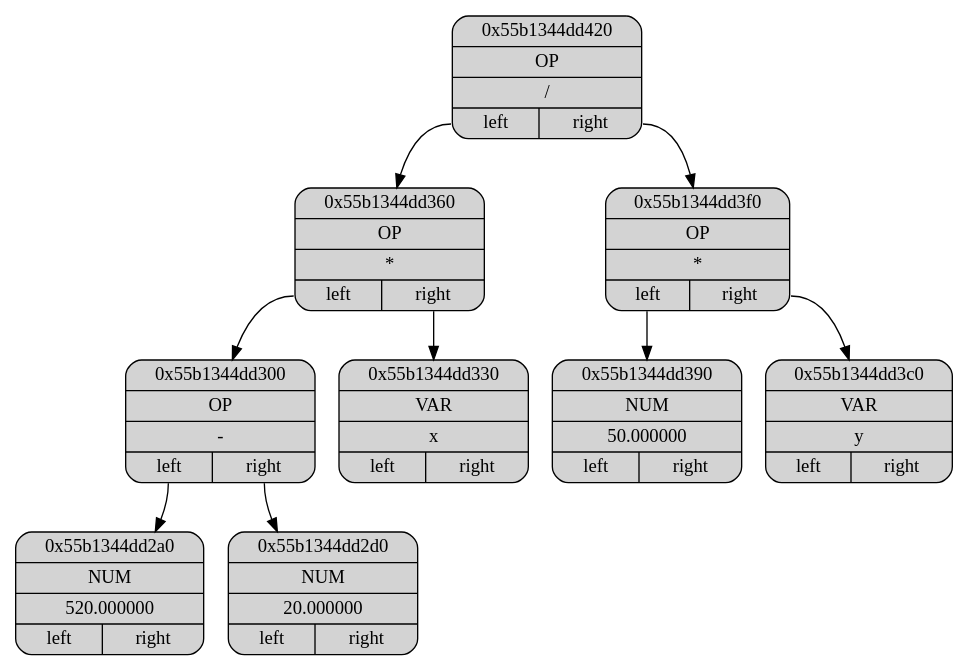
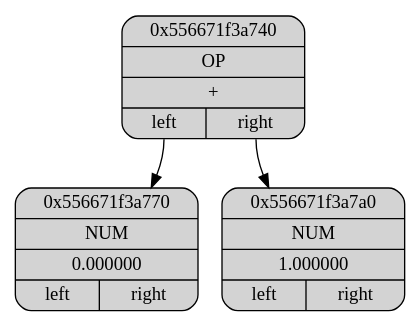
Before and after one commit to ashqqy/Differentiation: the diagram in Dump/dump.dot, drawn with Graphviz. The commit also changed 8 other files, not shown here.

```diff
--- a/Dump/dump.dot
+++ b/Dump/dump.dot
@@ -1,23 +1,11 @@
 digraph G
 {
 node[shape="record", style="rounded, filled"];
 
-p0x55b1344dd420[label = "{ <ptr> 0x55b1344dd420 |<type> OP | <data>/| { <l>left|<r>right } }"];
-p0x55b1344dd360[label = "{ <ptr> 0x55b1344dd360 |<type> OP | <data>*| { <l>left|<r>right } }"];
-p0x55b1344dd300[label = "{ <ptr> 0x55b1344dd300 |<type> OP | <data>-| { <l>left|<r>right } }"];
-p0x55b1344dd2a0[label = "{ <ptr> 0x55b1344dd2a0 |<type> NUM | <data>520.000000| { <l>left|<r>right } }"];
-p0x55b1344dd2d0[label = "{ <ptr> 0x55b1344dd2d0 |<type> NUM | <data>20.000000| { <l>left|<r>right } }"];
-p0x55b1344dd330[label = "{ <ptr> 0x55b1344dd330 |<type> VAR | <data>x| { <l>left|<r>right } }"];
-p0x55b1344dd3f0[label = "{ <ptr> 0x55b1344dd3f0 |<type> OP | <data>*| { <l>left|<r>right } }"];
-p0x55b1344dd390[label = "{ <ptr> 0x55b1344dd390 |<type> NUM | <data>50.000000| { <l>left|<r>right } }"];
-p0x55b1344dd3c0[label = "{ <ptr> 0x55b1344dd3c0 |<type> VAR | <data>y| { <l>left|<r>right } }"];
+p0x556671f3a740[label = "{ <ptr> 0x556671f3a740 |<type> OP | <data>+| { <l>left|<r>right } }"];
+p0x556671f3a770[label = "{ <ptr> 0x556671f3a770 |<type> NUM | <data>0.000000| { <l>left|<r>right } }"];
+p0x556671f3a7a0[label = "{ <ptr> 0x556671f3a7a0 |<type> NUM | <data>1.000000| { <l>left|<r>right } }"];
 
-p0x55b1344dd420:<l> -> p0x55b1344dd360
-p0x55b1344dd360:<l> -> p0x55b1344dd300
-p0x55b1344dd300:<l> -> p0x55b1344dd2a0
-p0x55b1344dd300:<r> -> p0x55b1344dd2d0
-p0x55b1344dd360:<r> -> p0x55b1344dd330
-p0x55b1344dd420:<r> -> p0x55b1344dd3f0
-p0x55b1344dd3f0:<l> -> p0x55b1344dd390
-p0x55b1344dd3f0:<r> -> p0x55b1344dd3c0
+p0x556671f3a740:<l> -> p0x556671f3a770
+p0x556671f3a740:<r> -> p0x556671f3a7a0
 }
```
